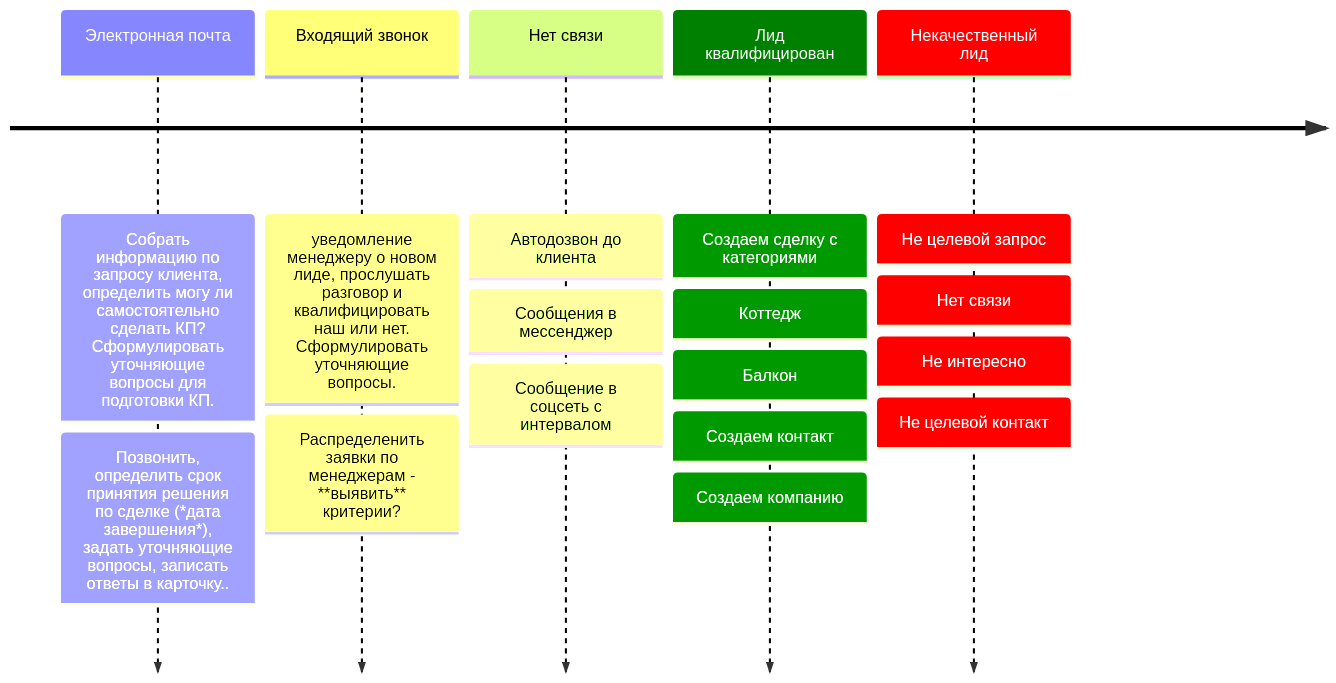
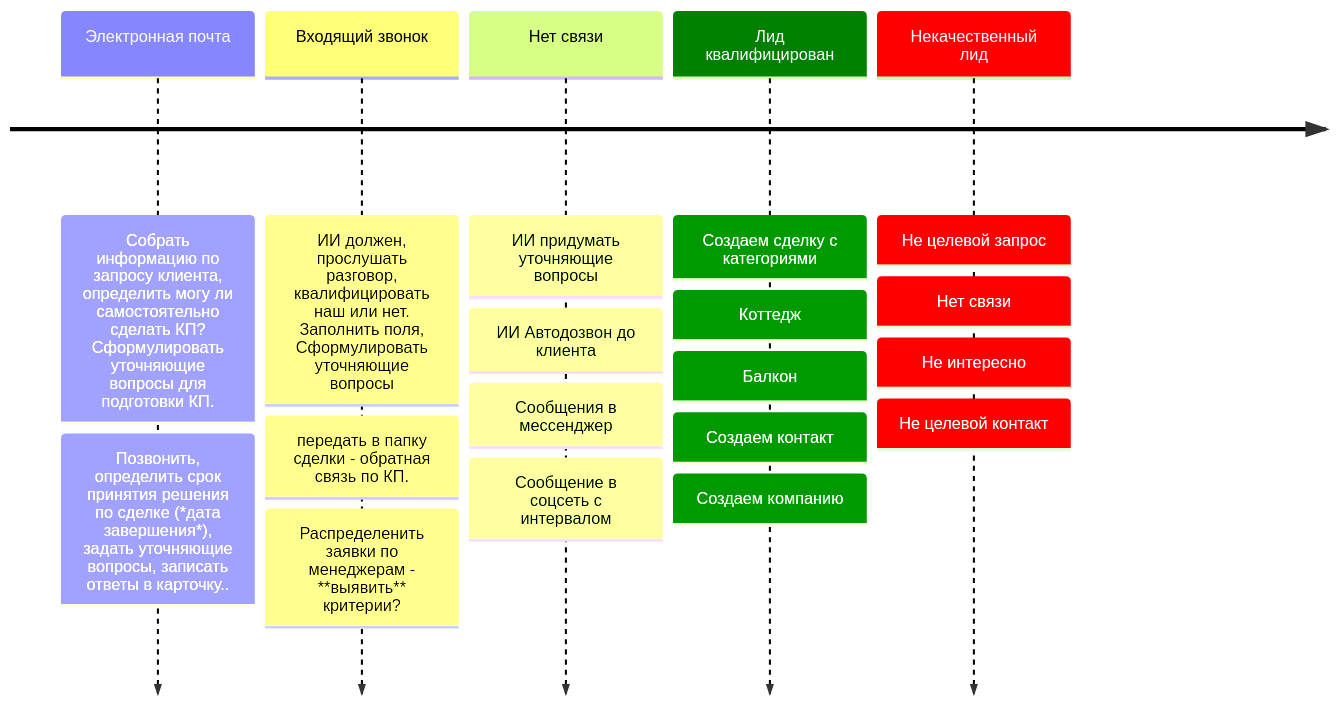
The first of 3 diagrams in content/processing.md (NazarovKI/knowledge), drawn with Mermaid before and after one commit. The commit also changed other lines of this file, not shown here.

First line of the commit message:
Обновили сделки.

````diff
--- a/content/processing.md
+++ b/content/processing.md
@@ -9,20 +9,20 @@
 ```mermaid 
 --- 
 config: 
   logLevel: 'debug' 
   theme: 'default' 
   themeVariables: 
     cScale4: '#ff0000' 
     cScaleLabel4: '#ffffff'  
     cScale3: '#008000' 
     cScaleLabel3: '#ffffff'  
 ---
 timeline
 Электронная почта : Собрать информацию по запросу клиента, определить могу ли самостоятельно сделать КП? Сформулировать уточняющие вопросы для подготовки КП.
 	: Позвонить, определить срок принятия решения по сделке (*дата завершения*), задать уточняющие вопросы, записать ответы в карточку..
-Входящий звонок : уведомление менеджеру о новом лиде, прослушать разговор и квалифицировать наш или нет. Сформулировать уточняющие вопросы.
+Входящий звонок : ИИ должен, прослушать разговор, квалифицировать наш или нет. Заполнить поля, Сформулировать уточняющие вопросы: передать в папку сделки - обратная связь по КП.
 	: Распределенить заявки по менеджерам - **выявить** критерии?
-Нет связи : Автодозвон до клиента : Сообщения в мессенджер : Сообщение в соцсеть с интервалом    
+Нет связи: ИИ придумать уточняющие вопросы : ИИ Автодозвон до клиента : Сообщения в мессенджер : Сообщение в соцсеть с интервалом    
 Лид квалифицирован : Создаем сделку с категориями: Коттедж : Балкон : Создаем контакт : Создаем компанию 
 Некачественный лид : Не целевой запрос : Нет связи : Не интересно : Не целевой контакт
 ```
````
